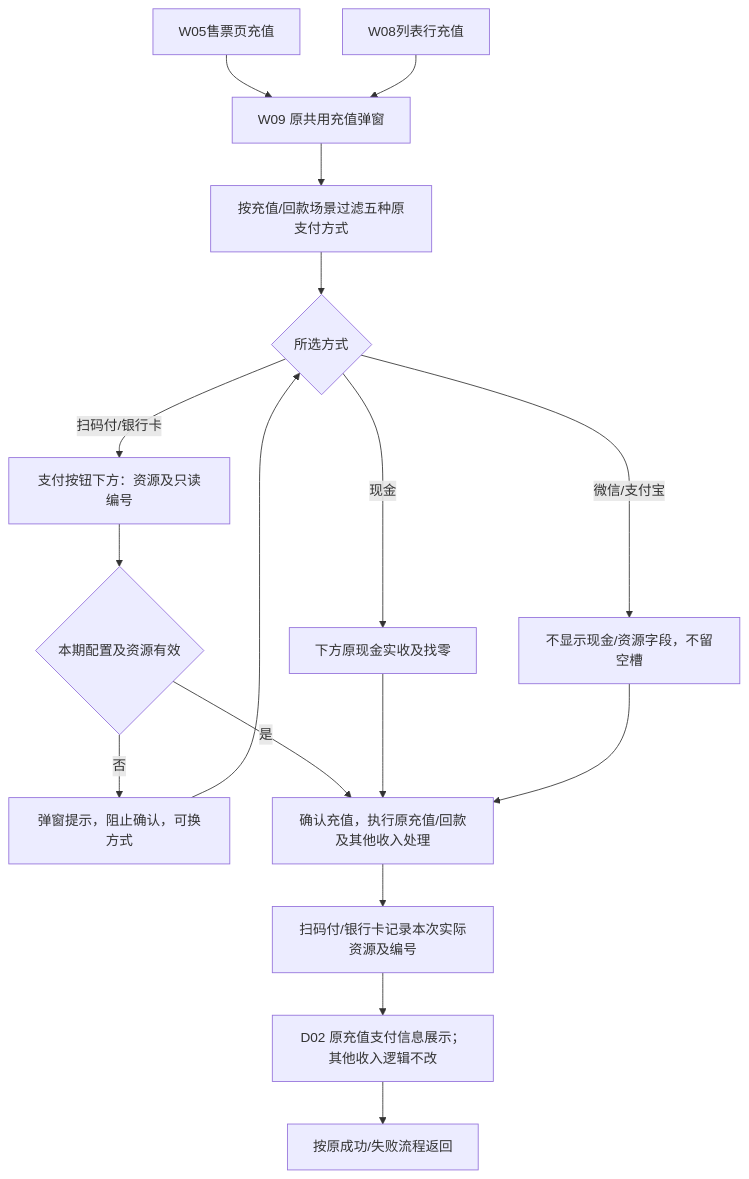
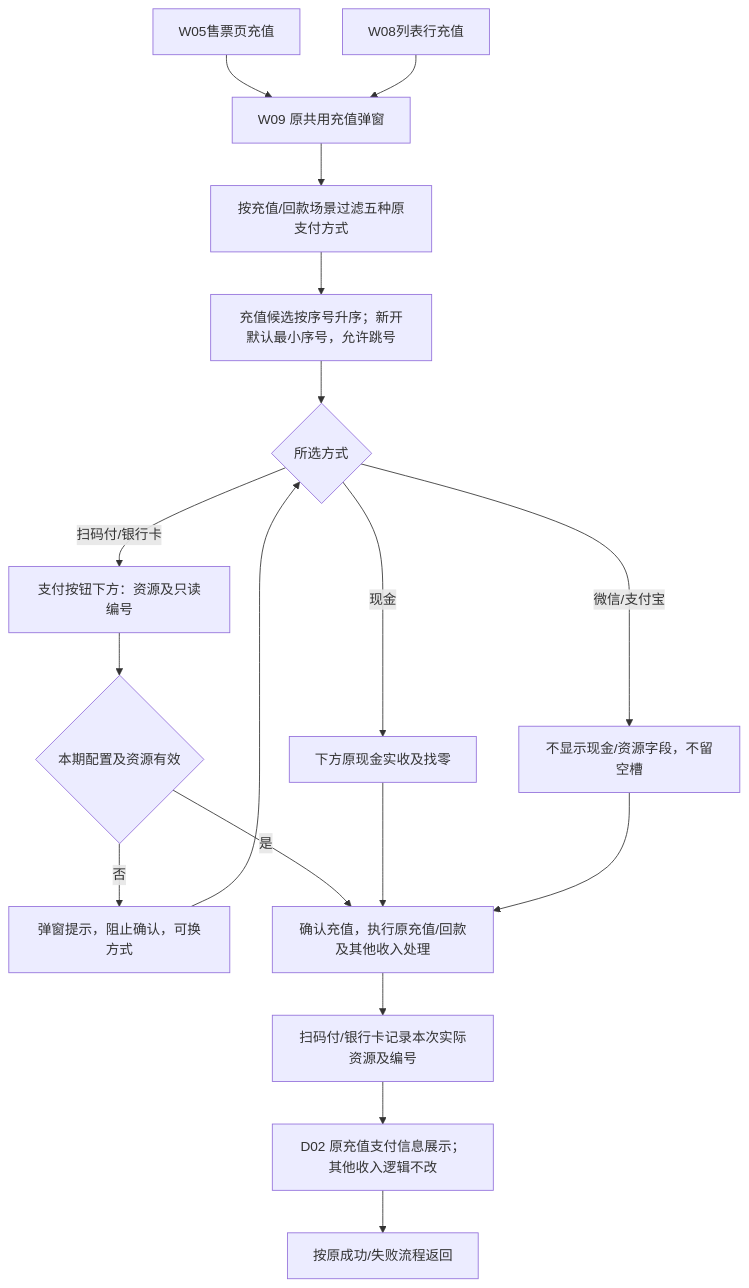
Before and after one commit to susantung/yanuoda: the seventh of 12 diagrams in dev-test-versions/2026-v3.6-payment-configuration-20261019/02-全程流程图.md, drawn with Mermaid. The commit also changed other lines of this file and 33 other files, not shown here.

````diff
--- a/dev-test-versions/2026-v3.6-payment-configuration-20261019/02-全程流程图.md
+++ b/dev-test-versions/2026-v3.6-payment-configuration-20261019/02-全程流程图.md
@@ -173,19 +191,20 @@
 ```mermaid
 flowchart TB
   SALE[W05售票页充值] --> W09[W09 原共用充值弹窗]
   LIST[W08列表行充值] --> W09
   W09 --> FILTER[按充值/回款场景过滤五种原支付方式]
-  FILTER --> WAY{所选方式}
+  FILTER --> SORT[充值候选按序号升序；新开默认最小序号，允许跳号]
+  SORT --> WAY{所选方式}
   WAY -->|扫码付/银行卡| RESOURCE[支付按钮下方：资源及只读编号]
   WAY -->|现金| CASH[下方原现金实收及找零]
   WAY -->|微信/支付宝| EMPTY[不显示现金/资源字段，不留空槽]
   RESOURCE --> CHECK{本期配置及资源有效}
   CHECK -->|否| ERR[弹窗提示，阻止确认，可换方式]
   ERR --> WAY
   CHECK -->|是| ORIGINAL[确认充值，执行原充值/回款及其他收入处理]
   CASH --> ORIGINAL
   EMPTY --> ORIGINAL
   ORIGINAL --> SNAP[扫码付/银行卡记录本次实际资源及编号]
   SNAP --> D02[D02 原充值支付信息展示；其他收入逻辑不改]
   D02 --> RETURN[按原成功/失败流程返回]
 ```
````
